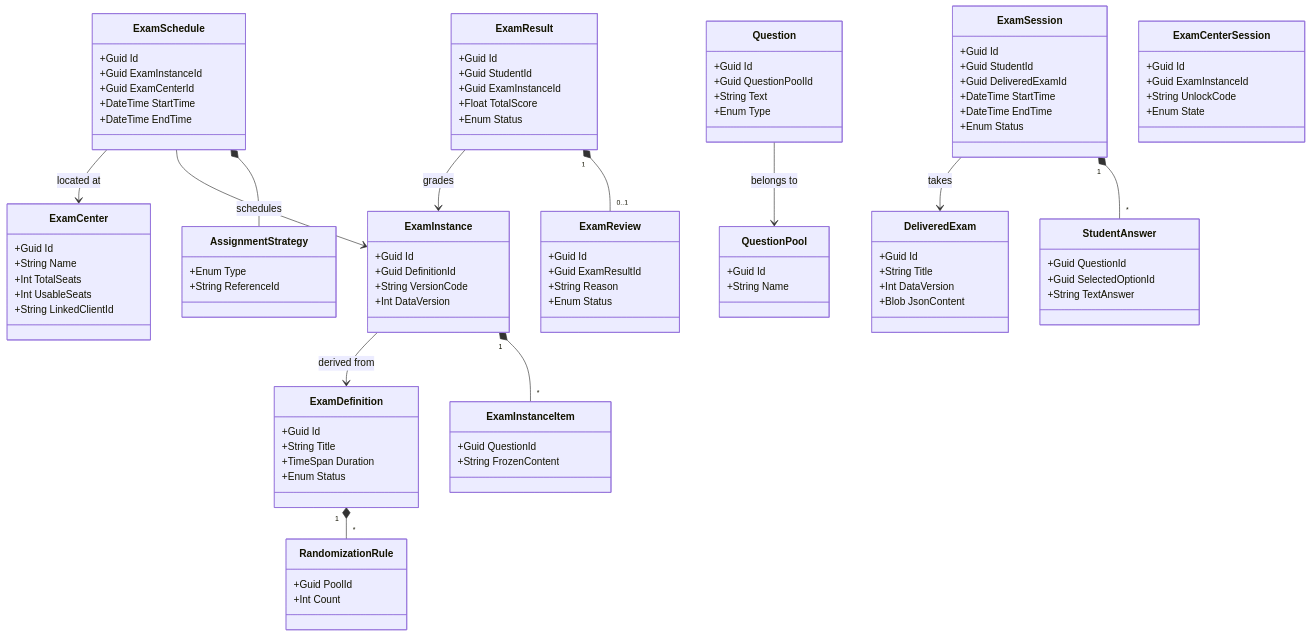
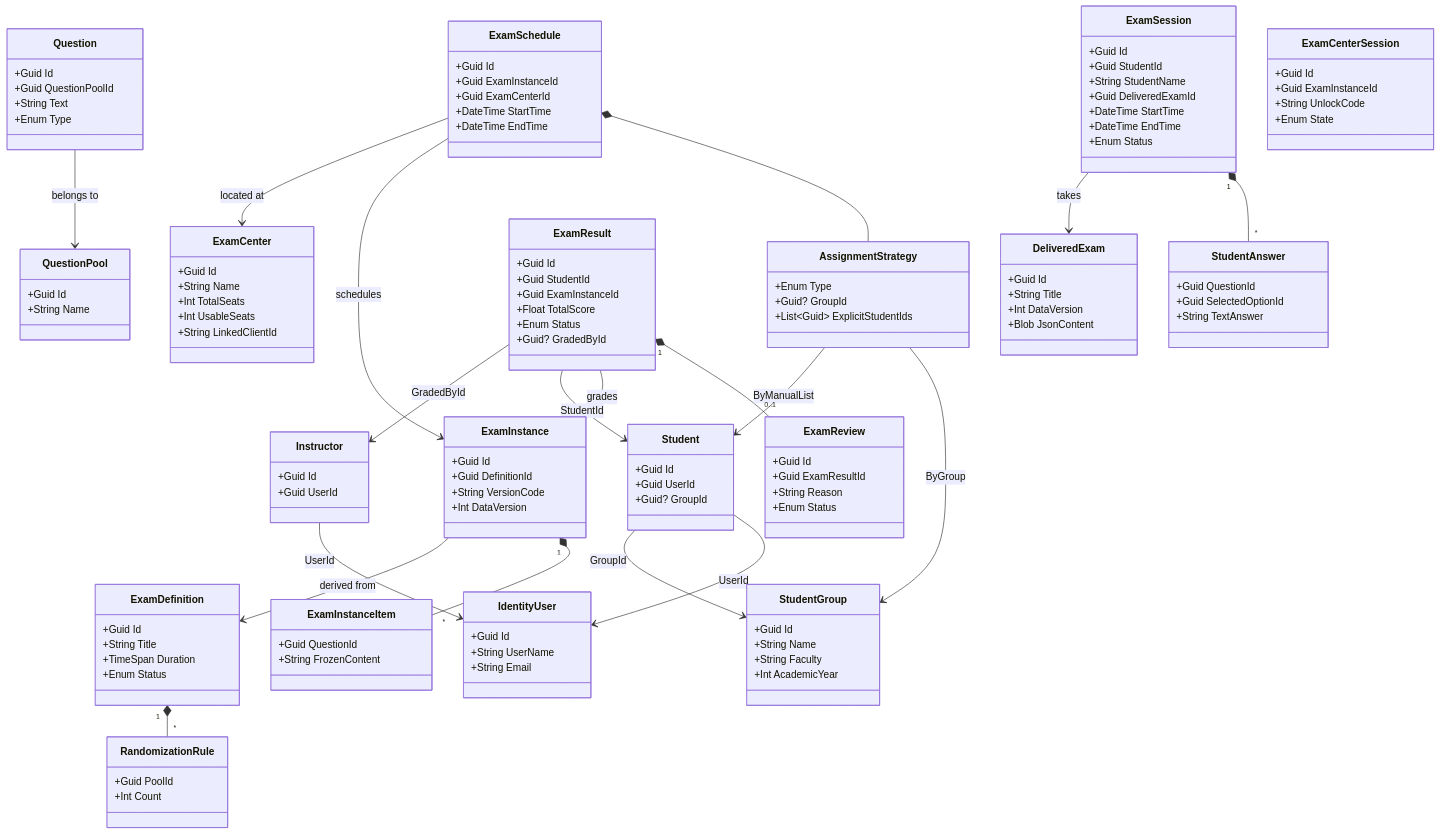
The diagram in backend/wiki/plans/Domain_Definition.md (IsmaelE77/EMS), drawn with Mermaid before and after one commit. The commit also changed other lines of this file and 2 other files, not shown here.

Commit message:
Refactor domain model with Student, Instructor, StudentGroup aggregates

````diff
--- a/backend/wiki/plans/Domain_Definition.md
+++ b/backend/wiki/plans/Domain_Definition.md
@@ -211,6 +259,33 @@
 ```mermaid
 classDiagram
-    %% Central Context
+    %% Identity
+    class IdentityUser {
+        +Guid Id
+        +String UserName
+        +String Email
+    }
+
+    %% Central Context - Users
+    class Student {
+        +Guid Id
+        +Guid UserId
+        +Guid? GroupId
+    }
+    class Instructor {
+        +Guid Id
+        +Guid UserId
+    }
+    class StudentGroup {
+        +Guid Id
+        +String Name
+        +String Faculty
+        +Int AcademicYear
+    }
+    Student --> IdentityUser : UserId
+    Instructor --> IdentityUser : UserId
+    Student --> StudentGroup : GroupId
+
+    %% Central Context - Exams
     class ExamDefinition {
         +Guid Id
         +String Title
@@ -253,11 +328,14 @@
     }
     class AssignmentStrategy {
         +Enum Type
-        +String ReferenceId
+        +Guid? GroupId
+        +List~Guid~ ExplicitStudentIds
     }
     ExamSchedule *-- AssignmentStrategy
     ExamSchedule --> ExamInstance : schedules
     ExamSchedule --> ExamCenter : located at
+    AssignmentStrategy --> StudentGroup : ByGroup
+    AssignmentStrategy --> Student : ByManualList
 
     class QuestionPool {
         +Guid Id
@@ -277,6 +355,7 @@
         +Guid ExamInstanceId
         +Float TotalScore
         +Enum Status
+        +Guid? GradedById
     }
     class ExamReview {
         +Guid Id
@@ -286,6 +365,8 @@
     }
     ExamResult "1" *-- "0..1" ExamReview
     ExamResult --> ExamInstance : grades
+    ExamResult --> Student : StudentId
+    ExamResult --> Instructor : GradedById
 
     %% Local Context
     class DeliveredExam {
@@ -298,6 +379,7 @@
     class ExamSession {
         +Guid Id
         +Guid StudentId
+        +String StudentName
         +Guid DeliveredExamId
         +DateTime StartTime
         +DateTime EndTime
````
